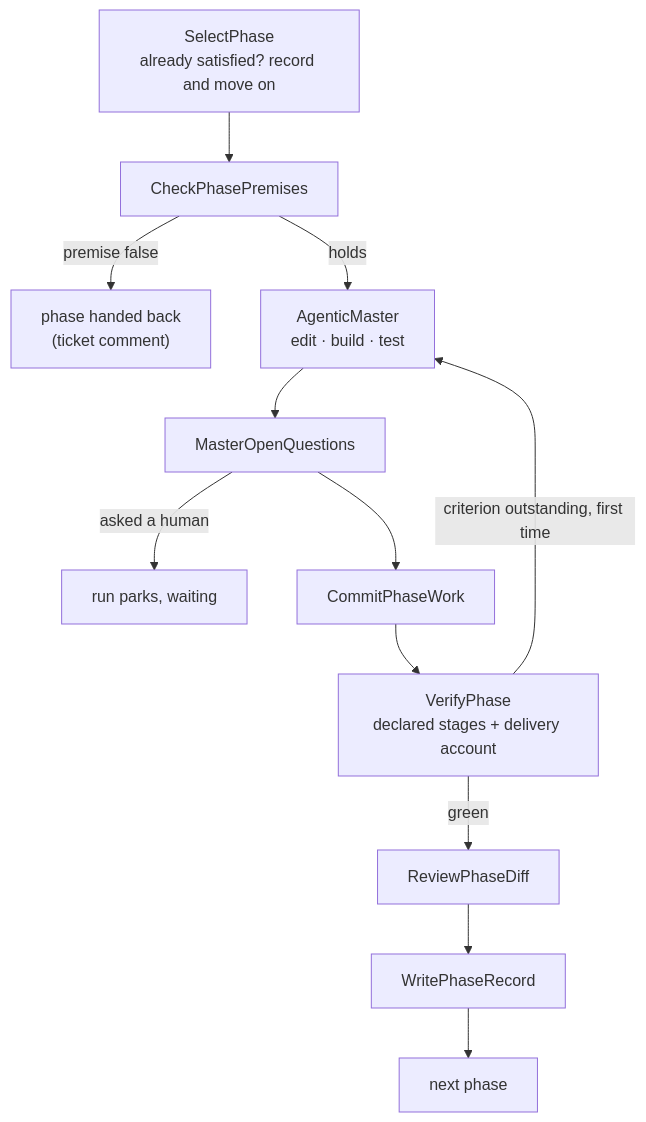
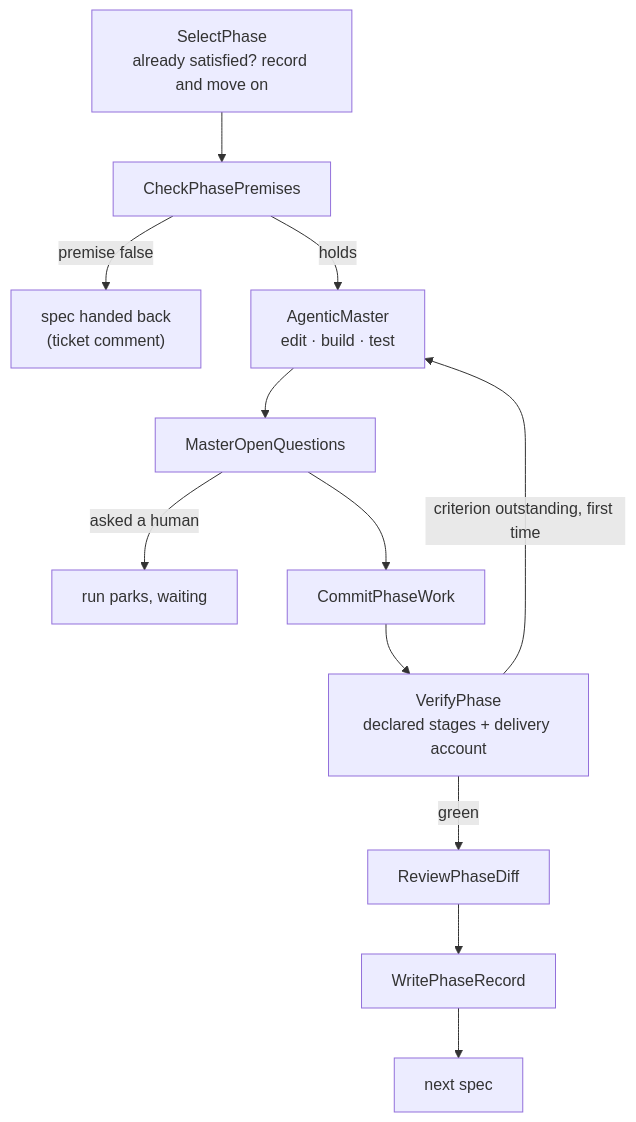
One commit to holgerleichsenring/agent-smith changed the diagram in docs/how-it-works/lifecycle.md. Above: the diagram before and after it, drawn with Mermaid. The commit also changed other lines of this file and 82 other files, not shown here.

````diff
--- a/docs/how-it-works/lifecycle.md
+++ b/docs/how-it-works/lifecycle.md
@@ -25,14 +25,14 @@
 ```mermaid
 graph TD
     Select["SelectPhase<br/>already satisfied? record and move on"] --> Premises[CheckPhasePremises]
-    Premises -->|premise false| Handback["phase handed back<br/>(ticket comment)"]
+    Premises -->|premise false| Handback["spec handed back<br/>(ticket comment)"]
     Premises -->|holds| Master["AgenticMaster<br/>edit · build · test"]
     Master --> Questions[MasterOpenQuestions]
     Questions -->|asked a human| Park["run parks, waiting"]
     Questions --> Commit[CommitPhaseWork]
     Commit --> Verify["VerifyPhase<br/>declared stages + delivery account"]
     Verify -->|criterion outstanding, first time| Master
     Verify -->|green| Review[ReviewPhaseDiff]
     Review --> Record[WritePhaseRecord]
-    Record --> Next[next phase]
+    Record --> Next[next spec]
 ```
````
